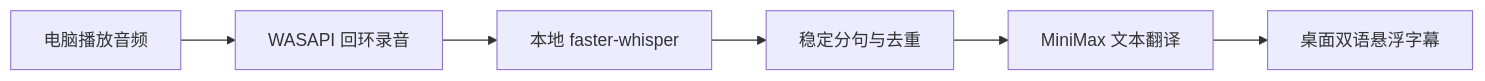
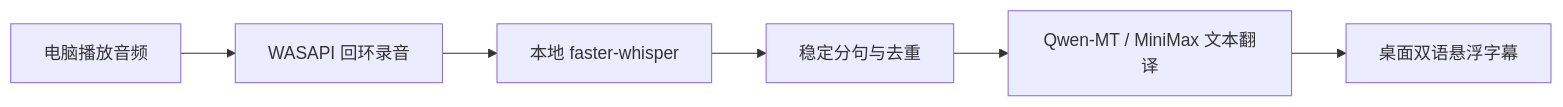
One commit to hy-8/LinguaOverlay changed the diagram in README.md. Above: the diagram before and after it, drawn with Mermaid. The commit also changed other lines of this file and 7 other files, not shown here.

````diff
--- a/README.md
+++ b/README.md
@@ -42,8 +42,8 @@
 ```mermaid
 flowchart LR
     A["电脑播放音频"] --> B["WASAPI 回环录音"]
     B --> C["本地 faster-whisper"]
     C --> D["稳定分句与去重"]
-    D --> E["MiniMax 文本翻译"]
+    D --> E["Qwen-MT / MiniMax 文本翻译"]
     E --> F["桌面双语悬浮字幕"]
 ```
````
